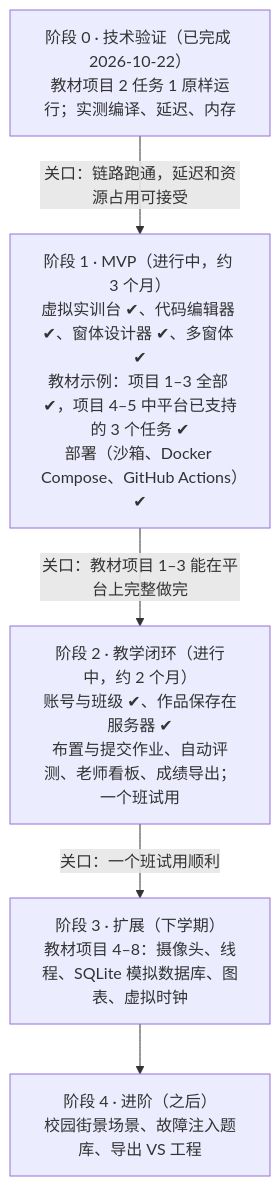
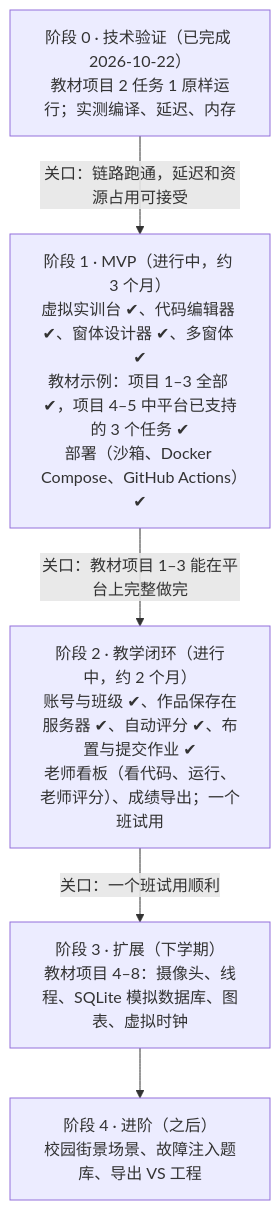
One commit to yuetsh/IOT_SIM changed the second of 2 diagrams in docs/设计方案.md. Above: the diagram before and after it, drawn with Mermaid. The commit also changed other lines of this file and 22 other files, not shown here.

````diff
--- a/docs/设计方案.md
+++ b/docs/设计方案.md
@@ -233,12 +233,12 @@
 ```mermaid
 flowchart TB
   P0["阶段 0 · 技术验证（已完成 2026-10-22）<br/>教材项目 2 任务 1 原样运行；实测编译、延迟、内存"]
   P1["阶段 1 · MVP（进行中，约 3 个月）<br/>虚拟实训台 ✔、代码编辑器 ✔、窗体设计器 ✔、多窗体 ✔<br/>教材示例：项目 1–3 全部 ✔，项目 4–5 中平台已支持的 3 个任务 ✔<br/>部署（沙箱、Docker Compose、GitHub Actions）✔"]
-  P2["阶段 2 · 教学闭环（进行中，约 2 个月）<br/>账号与班级 ✔、作品保存在服务器 ✔<br/>布置与提交作业、自动评测、老师看板、成绩导出；一个班试用"]
+  P2["阶段 2 · 教学闭环（进行中，约 2 个月）<br/>账号与班级 ✔、作品保存在服务器 ✔、自动评分 ✔、布置与提交作业 ✔<br/>老师看板（看代码、运行、老师评分）、成绩导出；一个班试用"]
   P3["阶段 3 · 扩展（下学期）<br/>教材项目 4–8：摄像头、线程、SQLite 模拟数据库、图表、虚拟时钟"]
   P4["阶段 4 · 进阶（之后）<br/>校园街景场景、故障注入题库、导出 VS 工程"]
   P0 -->|"关口：链路跑通，延迟和资源占用可接受"| P1
   P1 -->|"关口：教材项目 1–3 能在平台上完整做完"| P2
   P2 -->|"关口：一个班试用顺利"| P3
   P3 --> P4
 ```
````
